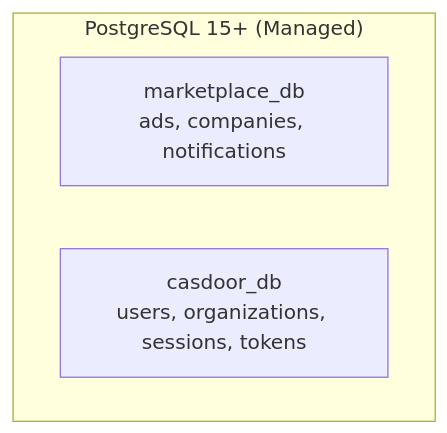
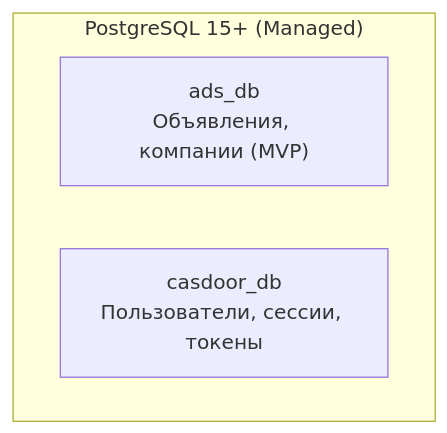
Before and after one commit to otuskotlin/202602-ok-marketplace: the sixth of 10 diagrams in docs/architecture/tech-stack.md, drawn with Mermaid. The commit also changed other lines of this file and 4 other files, not shown here.

````diff
--- a/docs/architecture/tech-stack.md
+++ b/docs/architecture/tech-stack.md
@@ -125,7 +144,9 @@
 ```mermaid
 graph TB
     subgraph "PostgreSQL 15+ (Managed)"
-        DB1["marketplace_db<br/>ads, companies, notifications"]
-        DB2["casdoor_db<br/>users, organizations, sessions, tokens"]
+        DB_AD["ads_db<br/>Объявления, компании (MVP)"]
+%%        DB_COMM["comments_db"]
+%%        DB_CHATS["chats_db"]
+        DB_CD["casdoor_db<br/>Пользователи, сессии, токены"]
     end
 ```
````
